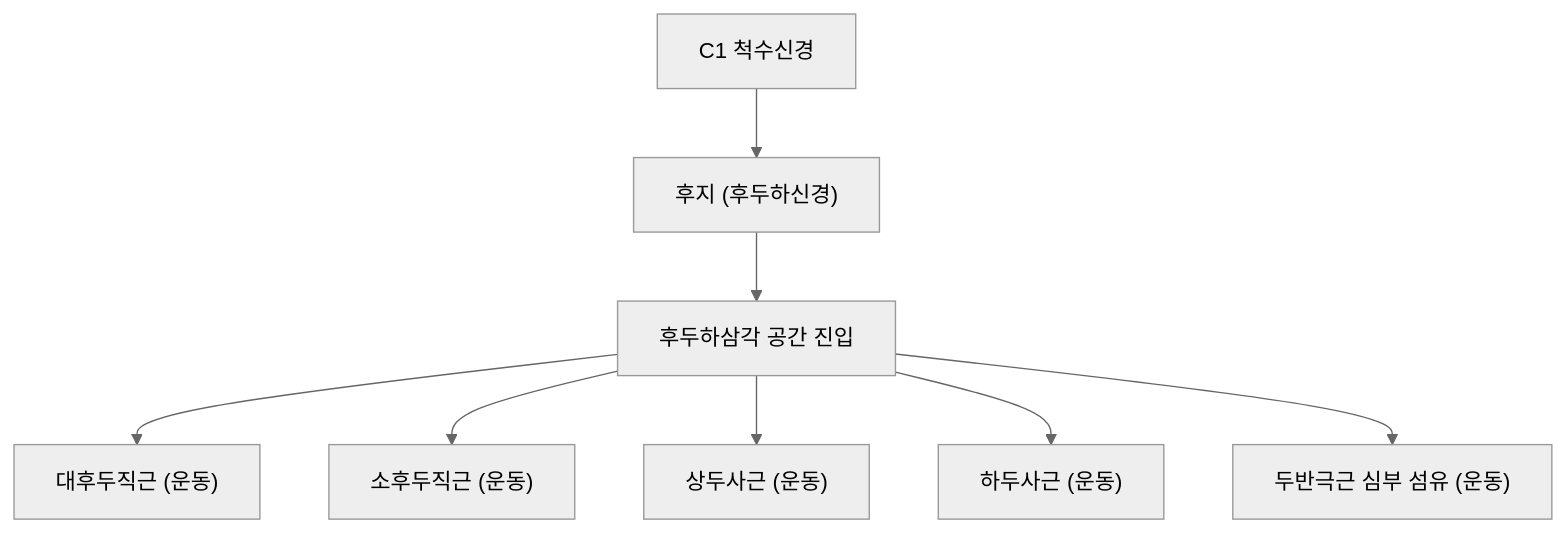
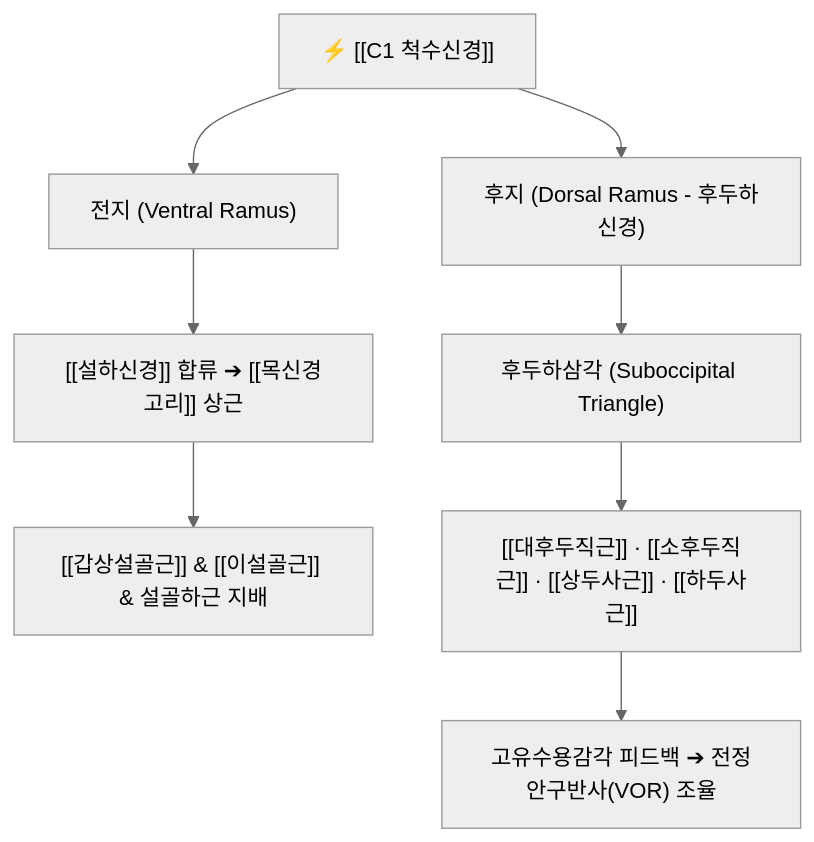
The diagram in content/1. 근골격계 공부/신경/03_경신경총/C1 척수신경.md (simbio11/simbio-digital-garden2), drawn with Mermaid (neutral theme) before and after one commit. The commit also changed other lines of this file and 73 other files, not shown here.

````diff
--- a/content/1. 근골격계 공부/신경/03_경신경총/C1 척수신경.md
+++ b/content/1. 근골격계 공부/신경/03_경신경총/C1 척수신경.md
@@ -50,10 +46,10 @@
 ```mermaid
 graph TD
-    C1Spinal["C1 척수신경"] --> DorsalBranch["후지 (후두하신경)"]
-    DorsalBranch --> SuboccipitalTriangle["후두하삼각 공간 진입"]
-    SuboccipitalTriangle --> RCPMajor["대후두직근 (운동)"]
-    SuboccipitalTriangle --> RCPMinor["소후두직근 (운동)"]
-    SuboccipitalTriangle --> OCS["상두사근 (운동)"]
-    SuboccipitalTriangle --> OCI["하두사근 (운동)"]
-    SuboccipitalTriangle --> Semispinalis["두반극근 심부 섬유 (운동)"]
+    C1["⚡ [[C1 척수신경]]"] --> Ventral["전지 (Ventral Ramus)"]
+    C1 --> Dorsal["후지 (Dorsal Ramus - 후두하신경)"]
+    Ventral --> Hypo["[[설하신경]] 합류 ➔ [[목신경고리]] 상근"]
+    Hypo --> Strap["[[갑상설골근]] & [[이설골근]] & 설골하근 지배"]
+    Dorsal --> SubTriangle["후두하삼각 (Suboccipital Triangle)"]
+    SubTriangle --> Muscles["[[대후두직근]] · [[소후두직근]] · [[상두사근]] · [[하두사근]]"]
+    Muscles --> Spindle["고유수용감각 피드백 ➔ 전정안구반사(VOR) 조율"]
 ```
````
